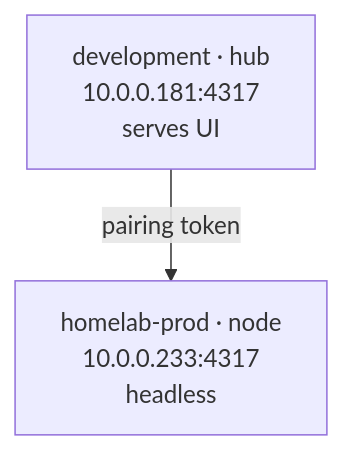
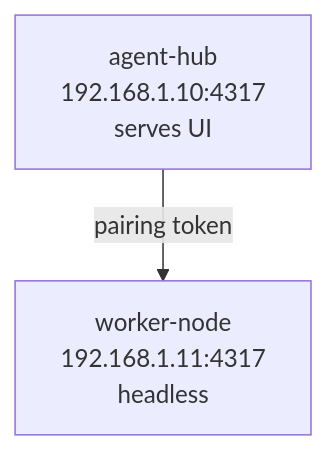
One commit to lhcavalcanti/agentic-remote changed the third of 3 diagrams in README.md. Above: the diagram before and after it, drawn with Mermaid. The commit also changed other lines of this file and 12 other files, not shown here.

````diff
--- a/README.md
+++ b/README.md
@@ -106,6 +106,6 @@
 ```mermaid
 flowchart TB
-    Hub["development · hub<br/>10.0.0.181:4317<br/>serves UI"]
-    Prod["homelab-prod · node<br/>10.0.0.233:4317<br/>headless"]
-    Hub -->|"pairing token"| Prod
+    Hub["agent-hub<br/>192.168.1.10:4317<br/>serves UI"]
+    Node["worker-node<br/>192.168.1.11:4317<br/>headless"]
+    Hub -->|"pairing token"| Node
 ```
````
